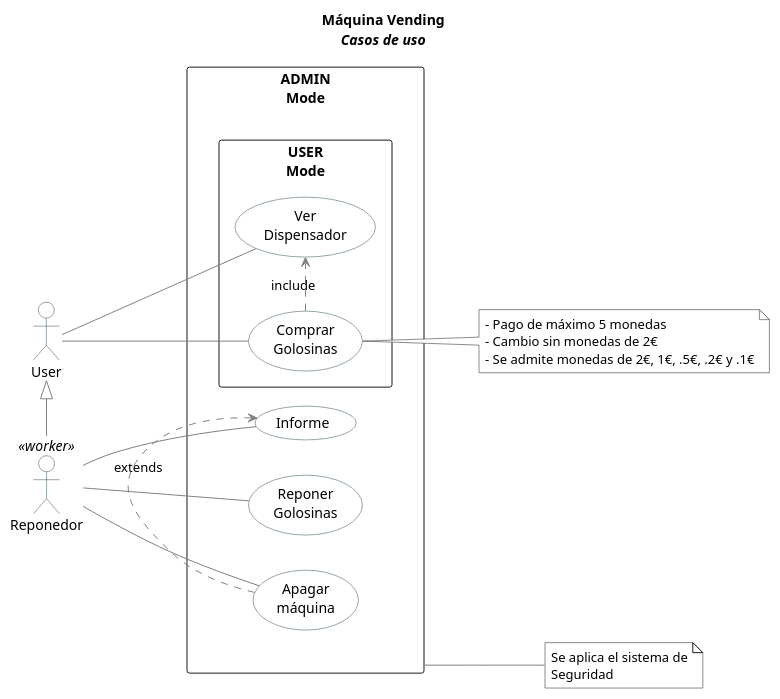
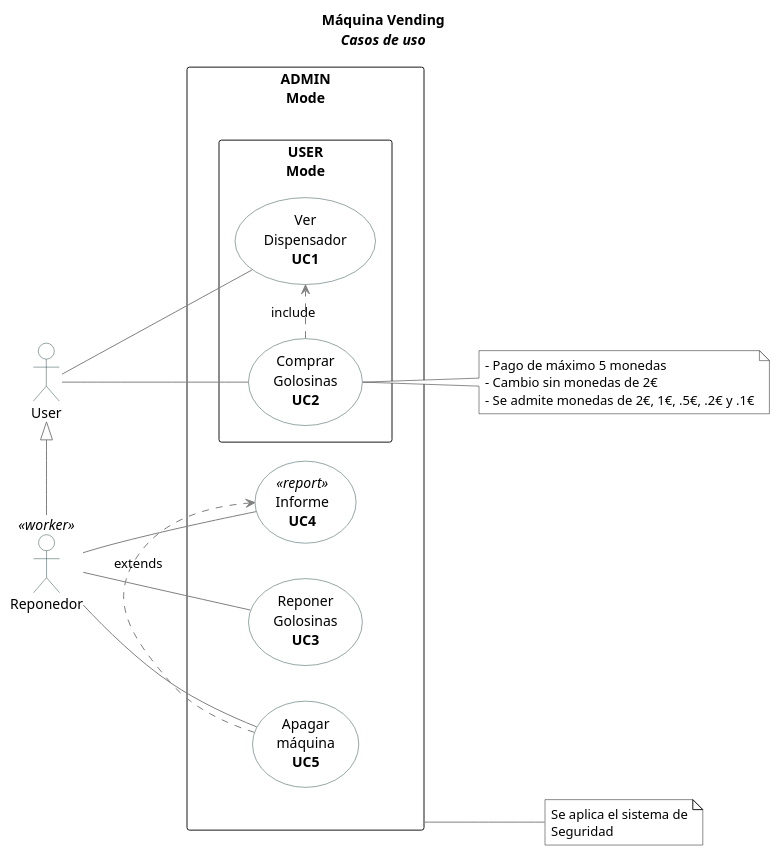
Before and after one commit to srlopez/RUP: the fourth of 5 diagrams in ejemplos/maquina_vending.md, drawn with PlantUML. The commit also changed other lines of this file, not shown here.

````diff
--- a/ejemplos/maquina_vending.md
+++ b/ejemplos/maquina_vending.md
@@ -165,46 +166,46 @@
 ```plantuml
 @startuml
 title == Máquina Vending ==\n<i>Casos de uso</i>
 '  skinparam handwritten true
 skinparam usecase {
   BackgroundColor White
   BorderColor DarkSlateGray
   ArrowColor Grey
 }
 skinparam actor {
   BackgroundColor White
   BorderColor DarkSlateGray
   ArrowColor Grey
 }
 
 
 left to right direction
 :User: as cli
 :Reponedor: as repo <<worker>>
 rectangle ADMIN\nMode as admin {
-  (Reponer\nGolosinas) as reponer
-  (Informe) as infor
-  (Apagar\nmáquina) as off
+  (Reponer\nGolosinas\n<b>UC3</b>) as reponer 
+  (Informe\n<b>UC4</b>) as infor <<report>>
+  (Apagar\nmáquina\n<b>UC5</b>) as off
   rectangle USER\nMode {
-    (Ver\nDispensador) as ver
-    (Comprar\nGolosinas) as vender
+    (Ver\nDispensador\n<b>UC1</b>) as ver 
+    (Comprar\nGolosinas\n<b>UC2</b>) as vender 
   }
 }
 note "- Pago de máximo 5 monedas\n- Cambio sin monedas de 2€\n- Se admite monedas de 2€, 1€, .5€, .2€ y .1€"  as N1  #white
 note "Se aplica el sistema de\nSeguridad"  as N2  #white
 
 repo -l-|> cli
 cli -- vender
 cli -- ver
 repo -- reponer
 repo -- off
 repo -- infor
 
 admin -- N2
 vender -- N1
 
 
 vender .r.> ver: include
 off .r.> infor: extends
 @enduml
 ```
````
